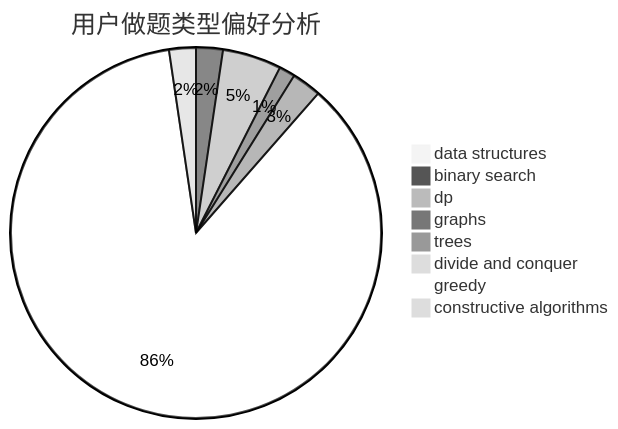
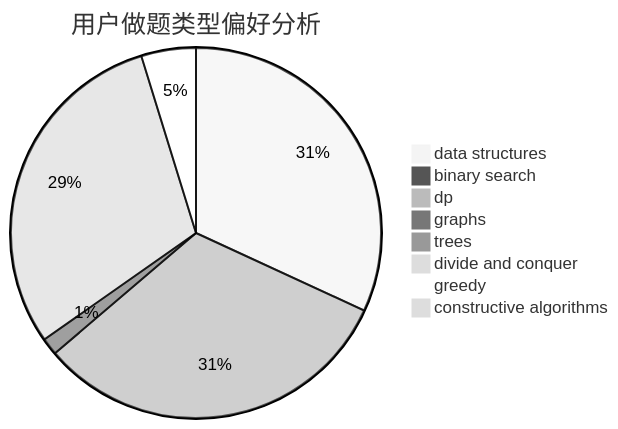
One commit to sherpahu/cfrs.github.io changed the second of 3 diagrams in docs/user/u1735.md. Above: the diagram before and after it, drawn with Mermaid (neutral theme). The commit also changed other lines of this file and 2770 other files, not shown here.

````diff
--- a/docs/user/u1735.md
+++ b/docs/user/u1735.md
@@ -23,11 +23,11 @@
 ```mermaid
 pie title 用户做题类型偏好分析
-    "data structures" :  2
-    "binary search" :  10
-    "dp" :  22
-    "graphs" :  6
-    "trees" :  11
-    "divide and conquer" :  0
-    "greedy" :  369
-    "constructive algorithms" :  10
+    "data structures" :  234
+    "binary search" :  6
+    "dp" :  234
+    "graphs" :  11
+    "trees" :  6
+    "divide and conquer" :  220
+    "greedy" :  35
+    "constructive algorithms" :  7
 ```
````
